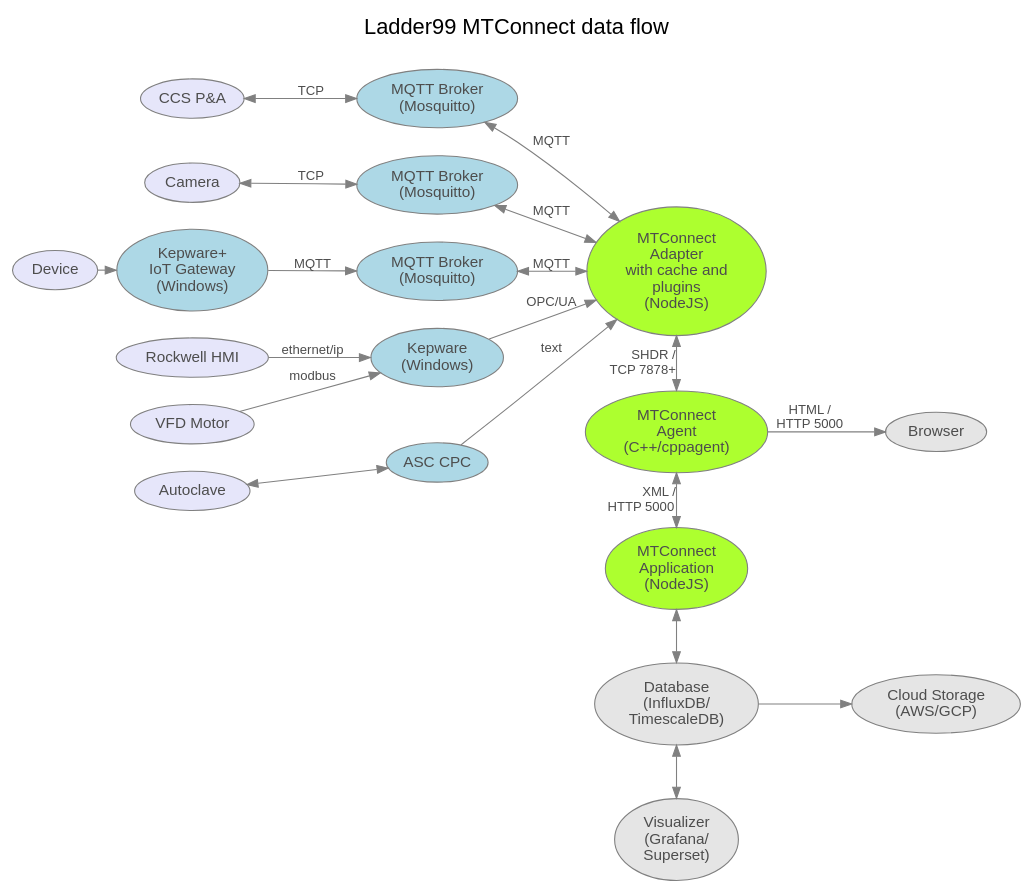
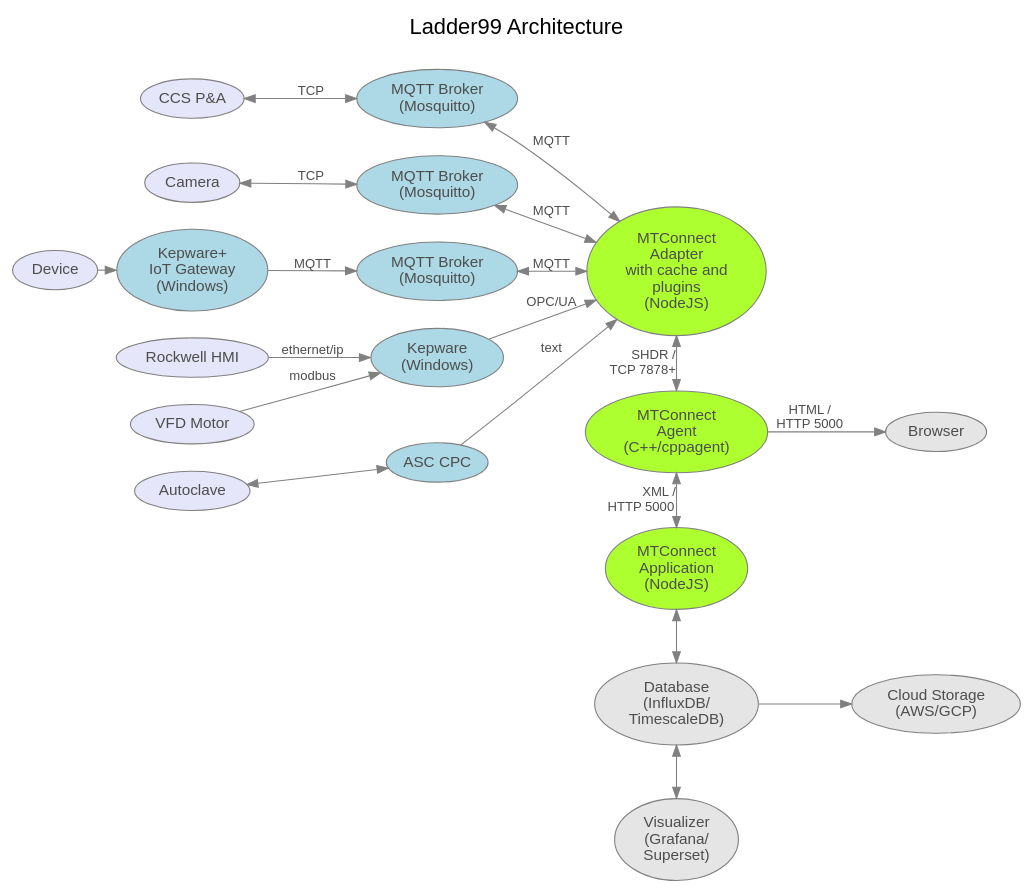
One commit to Ladder99/ladder99 changed the diagram in design/architecture.dot. Above: the diagram before and after it, drawn with Graphviz. The commit also changed 4 other files, not shown here.

```diff
--- a/design/architecture.dot
+++ b/design/architecture.dot
@@ -1,110 +1,110 @@
 // graphviz diagram
 // colors https://www.graphviz.org/doc/info/colors.html
 
-digraph "ladder99-mtconnect" {
+digraph {
 
   //------------------------------------------------------------------------
   // styles
   //------------------------------------------------------------------------
 
-  graph [ label="Ladder99 MTConnect data flow\n ", color=lightgray; ];
+  graph [ label="Ladder99 Architecture\n ", color=lightgray; ];
   graph [ fontsize=20 ];
   graph [ labelloc=t ];
   graph [ ranksep=0.2 ];
   graph [ nodesep=0.35 ];
   graph [ rankdir=LR; ] // left-to-right
   graph [ fontname="sans-serif" ];
 
   node [ color=gray, fillcolor=white, style=filled ];
   node [ fontname="sans-serif", fontcolor=gray30 ];
 
   edge [ color=gray ];
   edge [ fontsize=12, fontcolor=gray30 ];
   edge [ fontname="sans-serif" ];
 
 
   //------------------------------------------------------------------------
   // nodes
   //------------------------------------------------------------------------
 
   // devices
   PA [ fillcolor=lavender, label="CCS P&A" ];
   HMI [ fillcolor=lavender, label="Rockwell HMI" ];
   Motor [ fillcolor=lavender, label="VFD Motor" ];
   OldMachine3 [ fillcolor=lavender, label="Device" ];
   Camera [ fillcolor=lavender, label="Camera" ];
   Autoclave [ fillcolor=lavender, label="Autoclave" ];
   // OldMachine1 [ fillcolor=lavender, label="Old Machine 1" ];
 
   // intermediaries
   Broker1 [ fillcolor=lightblue, label="MQTT Broker\n(Mosquitto)" ];
   Broker3 [ fillcolor=lightblue, label="MQTT Broker\n(Mosquitto)" ];
   Broker4 [ fillcolor=lightblue, label="MQTT Broker\n(Mosquitto)" ];
   Kepware1 [ fillcolor=lightblue, label="Kepware\n(Windows)"];
   Kepware2 [ fillcolor=lightblue, label="Kepware+\nIoT Gateway\n(Windows)"];
   CPC [ fillcolor=lightblue, label="ASC CPC" ];
   // PLC4X [ fillcolor=lightblue, label="PLC4X\n(Java)" ];
 
   // mtconnect
   Adapter [ fillcolor=greenyellow, label="MTConnect\nAdapter\nwith cache and\nplugins\n(NodeJS)" ];
   Agent [ fillcolor=greenyellow, label="MTConnect\nAgent\n(C++/cppagent)" ];
   Application [ fillcolor=greenyellow, label="MTConnect\nApplication\n(NodeJS)" ];
 
   // diode
   // DiodeSender [ label="Diode Sender\n(Java+RabbitMQ)" ];
   // DiodeReceiver [ label="Diode Receiver\n(Java+RabbitMQ)" ];
 
   // applications
   Database [ fillcolor=gray90, label="Database\n(InfluxDB/\nTimescaleDB)" ];
   Visualizer [ fillcolor=gray90, label="Visualizer\n(Grafana/\nSuperset)" ];
   Cloud [ fillcolor=gray90, label="Cloud Storage\n(AWS/GCP)" ];
   Browser [ fillcolor=gray90 ];
   // LOI [ fillcolor=gray90, label="LOI\n(SvelteJS)" ];
 
   // users
   // Admin [ fillcolor=lightyellow ];
   // Operator [ fillcolor=lightyellow ];
 
 
   //------------------------------------------------------------------------
   // edges
   //------------------------------------------------------------------------
 
   PA -> Broker1 [ label="  TCP  ", dir=both ];
   Camera -> Broker3 [ label="  TCP  ", dir=both ];
   Autoclave -> CPC [ dir=both ];
   Broker1 -> Adapter [ label="MQTT", dir=both ];
   Broker3 -> Adapter [ label="MQTT", dir=both ];
   Broker4 -> Adapter [ label="MQTT", dir=both ];
   // OldMachine1 -> PLC4X; // [ label="proprietary\nprotocol" ];
   // PLC4X -> Broker3 [ label="" ];
   HMI -> Kepware1 [ label="ethernet/ip" ];
   Motor -> Kepware1 [ label="modbus" ];
   Kepware1 -> Adapter [ label="OPC/UA" ];
   // Kepware2 -> Gateway;
   CPC -> Adapter [ label="text" ];
   // Gateway -> Broker4 [ label="MQTT" ];
   OldMachine3 -> Kepware2;
   Kepware2 -> Broker4 [ label="MQTT" ];
   Adapter -> Agent [ label="SHDR /   \nTCP 7878+         ", dir=both ];
   // Adapter -> DiodeSender [ label="SHDR /   \nTCP 7878      ", dir=both, style=dotted ];
   // DiodeSender -> DiodeReceiver [ label="UDP    ", style=dotted ];
   // DiodeReceiver -> Agent [ label="SHDR /    \nTCP 7878        ", style=dotted ];
   Agent -> Application [ dir=both; label="XML / \nHTTP 5000          " ];
   Agent -> Browser [ label="HTML /\nHTTP 5000" ];
   Application -> Database [ dir=both ];
   Database -> Visualizer [ dir=both ];
   Database -> Cloud;
   // Visualizer -> Admin [ dir=both ];
   // Application -> LOI;
   // LOI -> Operator;
 
 
   //------------------------------------------------------------------------
   // ranks
   //------------------------------------------------------------------------
 
   { rank=same; Adapter Agent Application Database Visualizer };
   // { rank=same; DiodeSender DiodeReceiver Cloud Admin };
   // { rank=same; Cloud Admin };
 }
```
